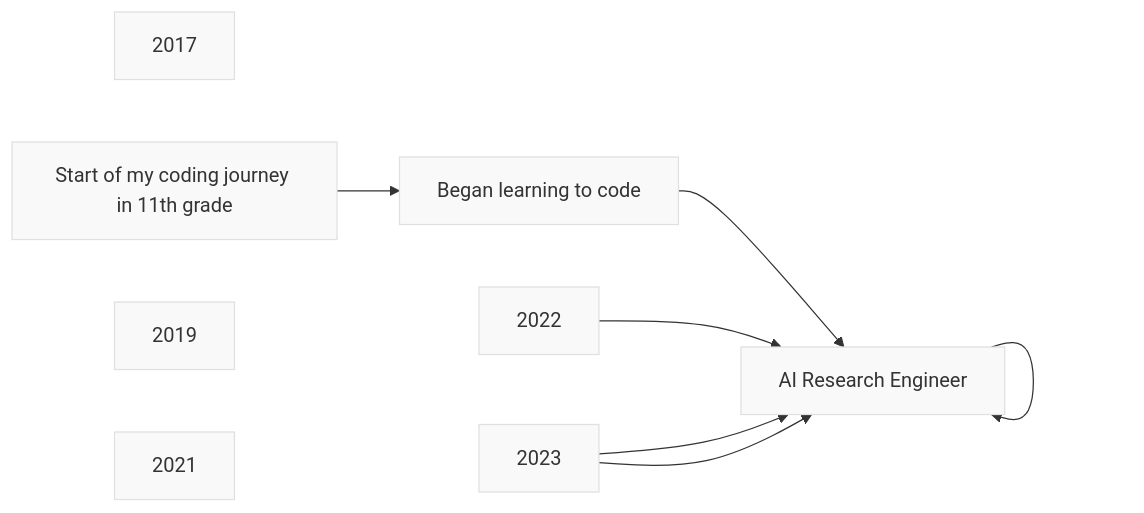
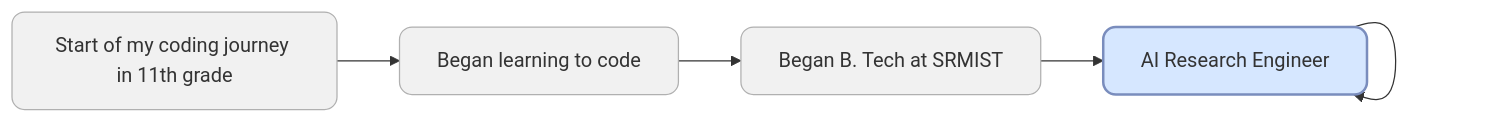
One commit to HaripreethAvarur/HaripreethAvarur changed the second of 2 diagrams in README.md. Above: the diagram before and after it, drawn with Mermaid.

````diff
--- a/README.md
+++ b/README.md
@@ -74,18 +74,14 @@
 ```mermaid
 graph LR;
-    style 2017 fill:#f9f9f9,stroke:#e0e0e0,stroke-width:1px;
-    style 2018 fill:#f9f9f9,stroke:#e0e0e0,stroke-width:1px;
-    style 2019 fill:#f9f9f9,stroke:#e0e0e0,stroke-width:1px;
-    style 2020 fill:#f9f9f9,stroke:#e0e0e0,stroke-width:1px;
-    style 2021 fill:#f9f9f9,stroke:#e0e0e0,stroke-width:1px;
-    style 2022 fill:#f9f9f9,stroke:#e0e0e0,stroke-width:1px;
-    style 2023 fill:#f9f9f9,stroke:#e0e0e0,stroke-width:1px;
-    style 2024 fill:#f9f9f9,stroke:#e0e0e0,stroke-width:1px;
-
+    style 2018 fill:#f1f1f1,stroke:#b0b0b0,stroke-width:1px,rx:10,ry:10;
+    style 2020 fill:#f1f1f1,stroke:#b0b0b0,stroke-width:1px,rx:10,ry:10;
+    style 2023 fill:#f1f1f1,stroke:#b0b0b0,stroke-width:1px,rx:10,ry:10;
+    style 2024 fill:#d6e7ff,stroke:#7a8dbd,stroke-width:2px,rx:10,ry:10;
+    
     2018[Start of my coding journey in 11th grade] --> 2020[Began learning to code]
-    2020 --> 2024[Began B. Tech at SRMIST]
+    2020 --> 2023[Began B. Tech at SRMIST]
     2023 --> 2024[Completed internships, projects, and publications]
-    2022 --> 2024[Explored AI and ML]
-    2023 --> 2024[Worked on Research Projects]
+    2024 --> 2024[Explored AI and ML]
+    2024 --> 2024[Worked on Research Projects]
     2024 --> 2024[AI Research Engineer]
 ```
````
